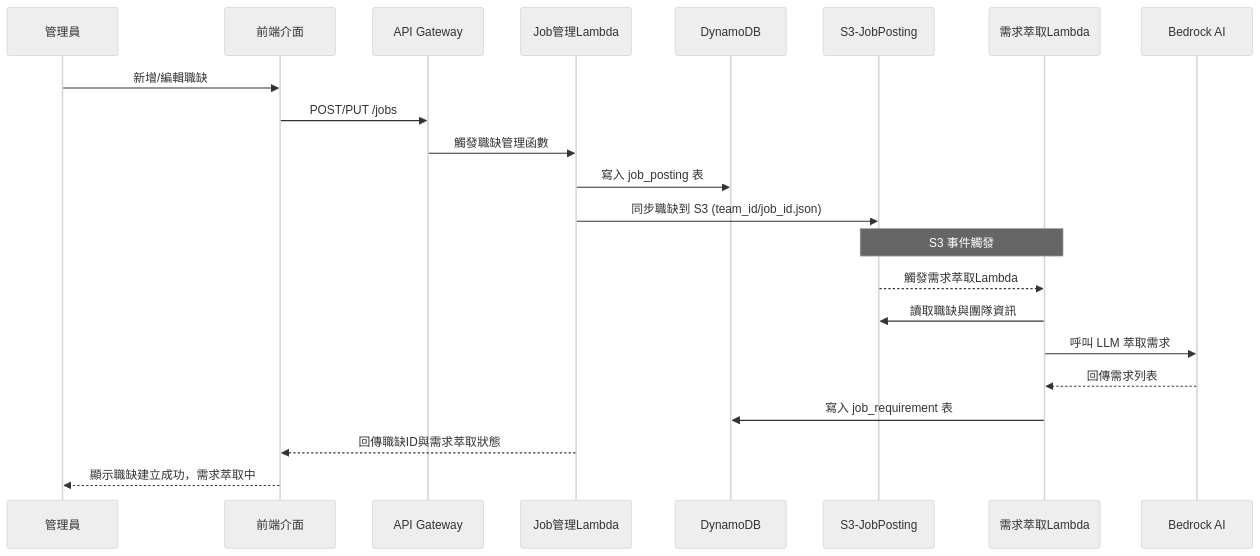
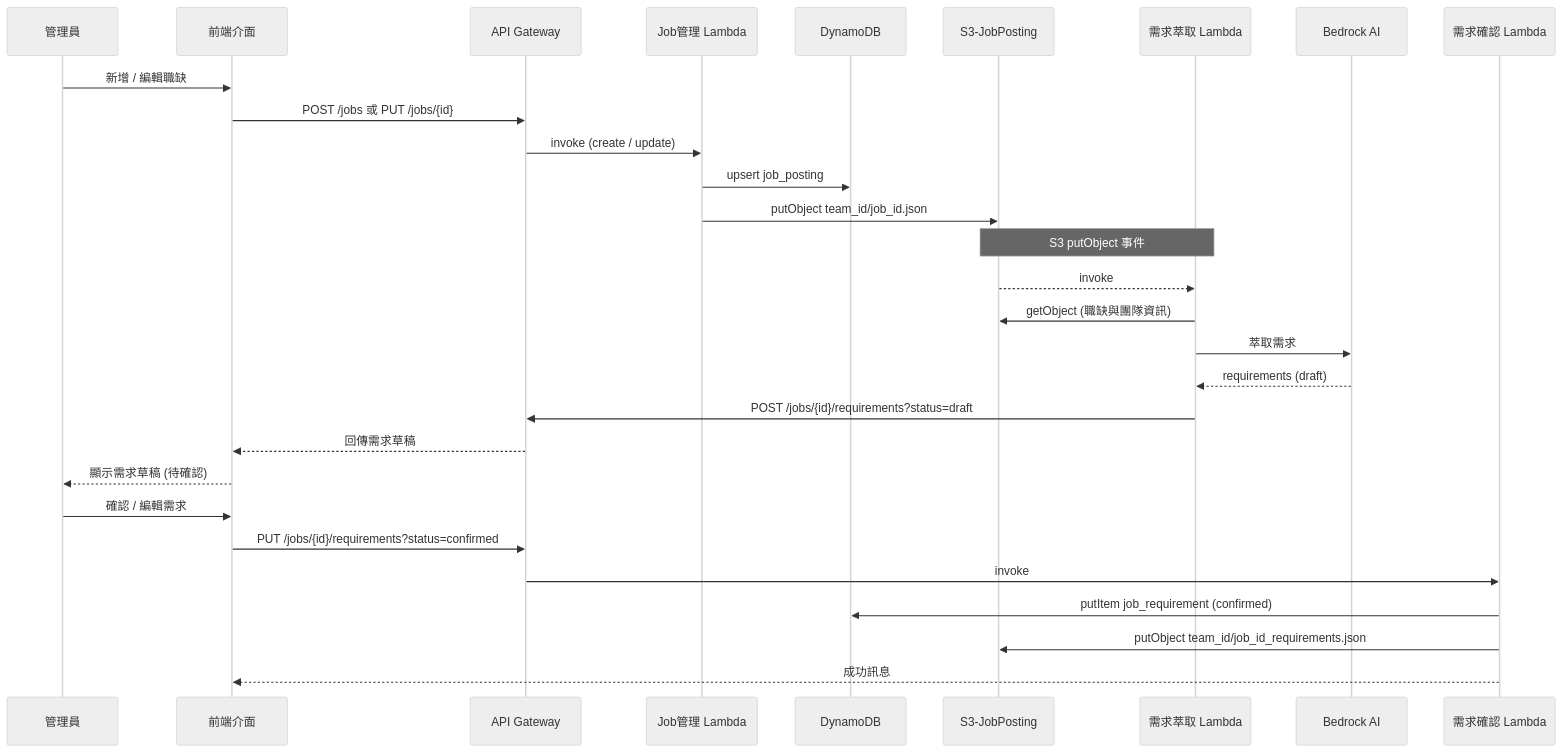
The second of 3 diagrams in dataflow.md (hsiehbocheng/hAIre-ai-recruiter-assistent), drawn with Mermaid (neutral theme) before and after one commit. The commit also changed 1 other file, not shown here.

Commit message:
modify data schema

````diff
--- a/dataflow.md
+++ b/dataflow.md
@@ -36,27 +36,42 @@
 ```mermaid
 sequenceDiagram
+    %% 角色
     participant Admin as 管理員
     participant Frontend as 前端介面
     participant API as API Gateway
-    participant JobLambda as Job管理Lambda
+    participant JobLambda as Job管理 Lambda
     participant DynamoDB as DynamoDB
     participant S3 as S3-JobPosting
-    participant ReqLambda as 需求萃取Lambda
+    participant ReqLambda as 需求萃取 Lambda
     participant Bedrock as Bedrock AI
+    participant ConfirmLambda as 需求確認 Lambda
 
-    Admin->>Frontend: 新增/編輯職缺
-    Frontend->>API: POST/PUT /jobs
-    API->>JobLambda: 觸發職缺管理函數
-    JobLambda->>DynamoDB: 寫入 job_posting 表
-    JobLambda->>S3: 同步職缺到 S3 (team_id/job_id.json)
-    
-    Note over S3,ReqLambda: S3 事件觸發
-    S3-->>ReqLambda: 觸發需求萃取Lambda
-    ReqLambda->>S3: 讀取職缺與團隊資訊
-    ReqLambda->>Bedrock: 呼叫 LLM 萃取需求
-    Bedrock-->>ReqLambda: 回傳需求列表
-    ReqLambda->>DynamoDB: 寫入 job_requirement 表
-    
-    JobLambda-->>Frontend: 回傳職缺ID與需求萃取狀態
-    Frontend-->>Admin: 顯示職缺建立成功，需求萃取中
+    %% 1. 建立或更新職缺
+    Admin->>Frontend: 新增 / 編輯職缺
+    Frontend->>API: POST /jobs 或 PUT /jobs/{id}
+    API->>JobLambda: invoke (create / update)
+    JobLambda->>DynamoDB: upsert job_posting
+    JobLambda->>S3: putObject team_id/job_id.json
+
+    %% 2. 自動萃取需求（非同步）
+    Note over S3,ReqLambda: S3 putObject 事件
+    S3-->>ReqLambda: invoke
+    ReqLambda->>S3: getObject (職缺與團隊資訊)
+    ReqLambda->>Bedrock: 萃取需求
+    Bedrock-->>ReqLambda: requirements (draft)
+
+    %% 3. 將草稿需求回傳前端待人審
+    ReqLambda->>API: POST /jobs/{id}/requirements?status=draft
+    API-->>Frontend: 回傳需求草稿
+    Frontend-->>Admin: 顯示需求草稿 (待確認)
+
+    %% 4. 使用者確認需求
+    Admin->>Frontend: 確認 / 編輯需求
+    Frontend->>API: PUT /jobs/{id}/requirements?status=confirmed
+    API->>ConfirmLambda: invoke
+
+    %% 5. 寫入最終需求
+    ConfirmLambda->>DynamoDB: putItem job_requirement (confirmed)
+    ConfirmLambda->>S3: putObject team_id/job_id_requirements.json
+    ConfirmLambda-->>Frontend: 成功訊息
 ```
````
